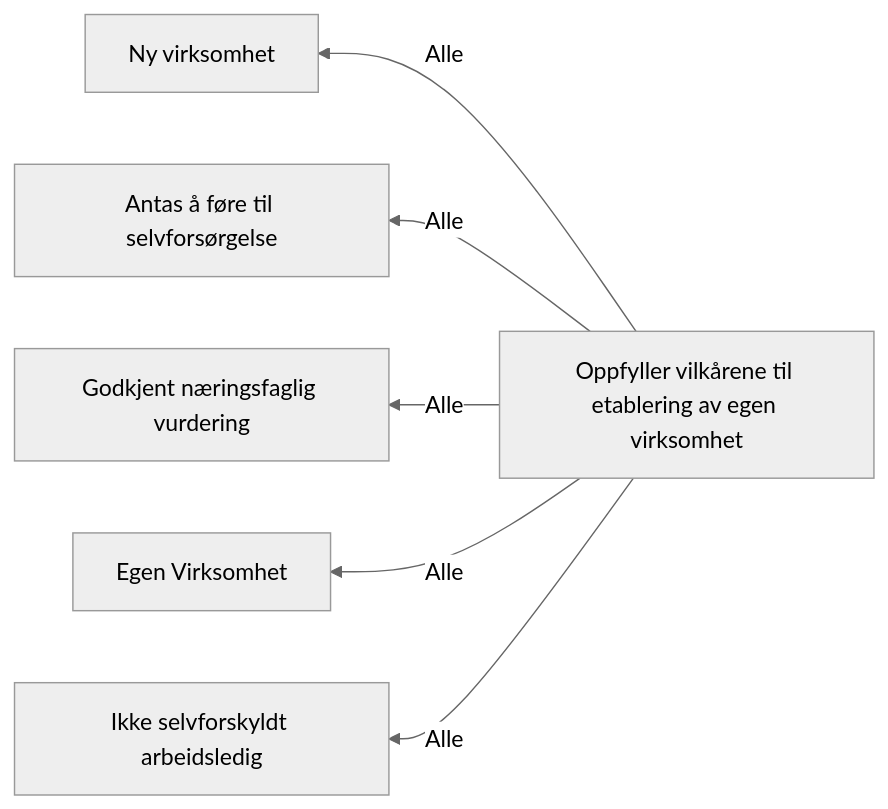
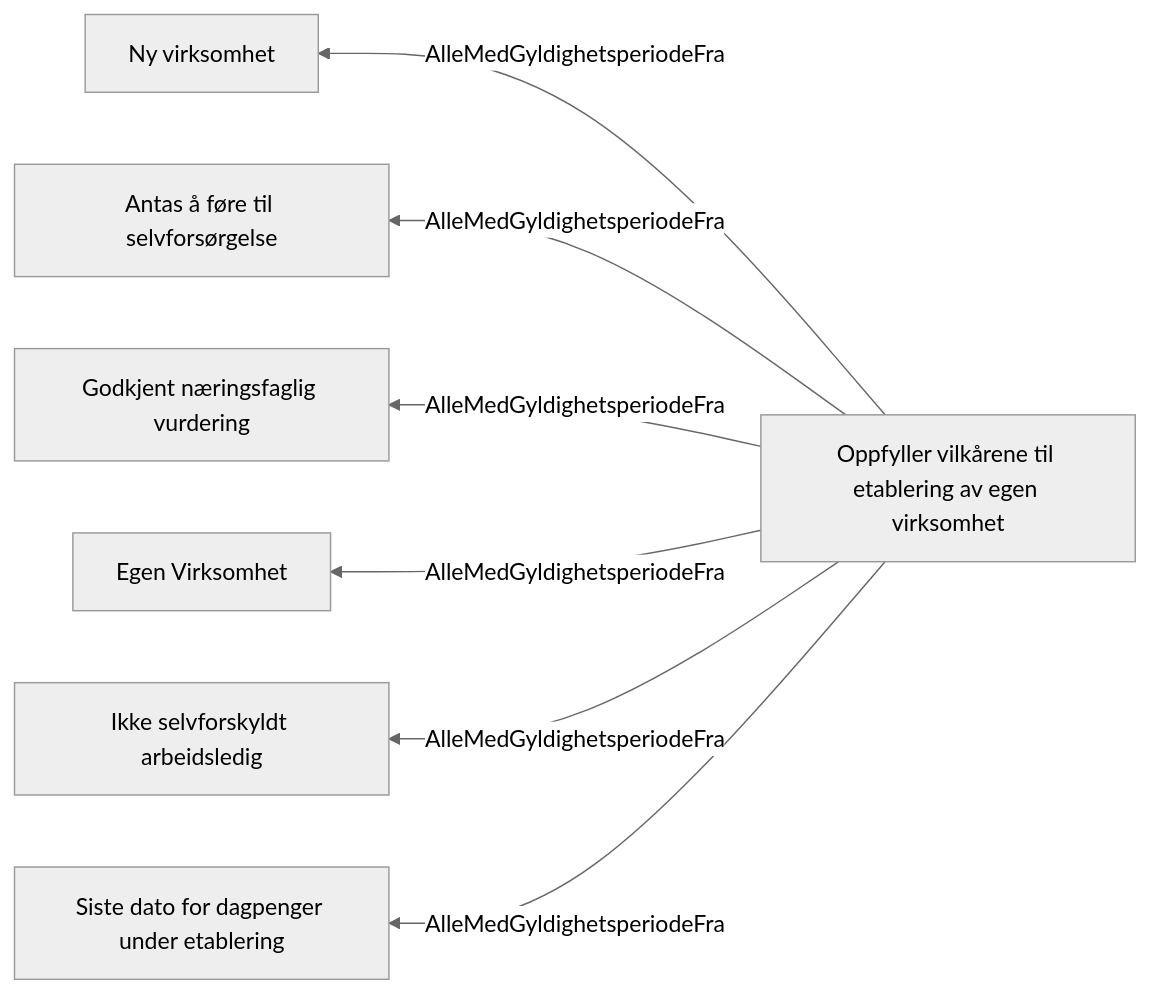
The diagram in docs/regler/Etablering.approved.md (navikt/dp-behandling), drawn with Mermaid (neutral theme) before and after one commit. The commit also changed other lines of this file and 11 other files, not shown here.

Commit message:
WIP - Vibekoda en opplegg for å la etablering bare påvirke sluttdato for har krav på dagpenger som en PoC.

````diff
--- a/docs/regler/Etablering.approved.md
+++ b/docs/regler/Etablering.approved.md
@@ -5,8 +5,9 @@
 ```mermaid
 graph RL
-  A["Oppfyller vilkårene til etablering av egen virksomhet"] -->|"Alle"| B["Ny virksomhet"]
-  A["Oppfyller vilkårene til etablering av egen virksomhet"] -->|"Alle"| C["Antas å føre til selvforsørgelse"]
-  A["Oppfyller vilkårene til etablering av egen virksomhet"] -->|"Alle"| D["Godkjent næringsfaglig vurdering"]
-  A["Oppfyller vilkårene til etablering av egen virksomhet"] -->|"Alle"| E["Egen Virksomhet"]
-  A["Oppfyller vilkårene til etablering av egen virksomhet"] -->|"Alle"| F["Ikke selvforskyldt arbeidsledig"]
+  A["Oppfyller vilkårene til etablering av egen virksomhet"] -->|"AlleMedGyldighetsperiodeFra"| B["Ny virksomhet"]
+  A["Oppfyller vilkårene til etablering av egen virksomhet"] -->|"AlleMedGyldighetsperiodeFra"| C["Antas å føre til selvforsørgelse"]
+  A["Oppfyller vilkårene til etablering av egen virksomhet"] -->|"AlleMedGyldighetsperiodeFra"| D["Godkjent næringsfaglig vurdering"]
+  A["Oppfyller vilkårene til etablering av egen virksomhet"] -->|"AlleMedGyldighetsperiodeFra"| E["Egen Virksomhet"]
+  A["Oppfyller vilkårene til etablering av egen virksomhet"] -->|"AlleMedGyldighetsperiodeFra"| F["Ikke selvforskyldt arbeidsledig"]
+  A["Oppfyller vilkårene til etablering av egen virksomhet"] -->|"AlleMedGyldighetsperiodeFra"| G["Siste dato for dagpenger under etablering"]
 ```
````
